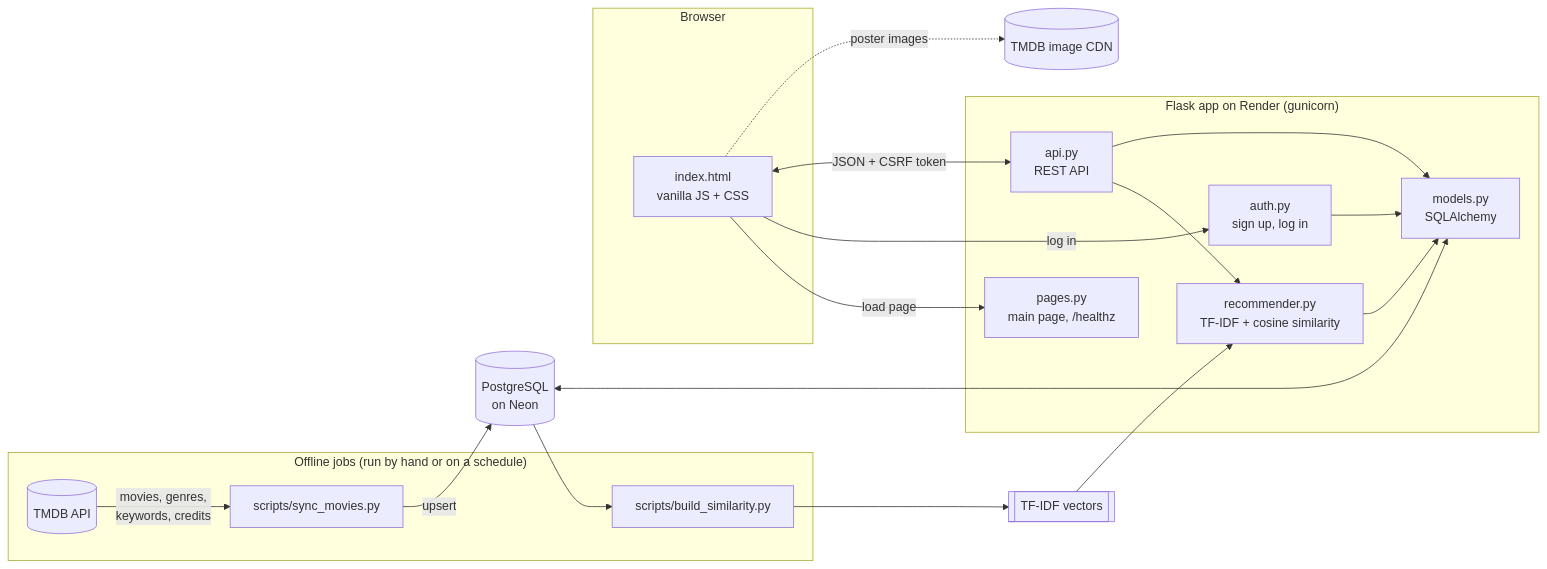
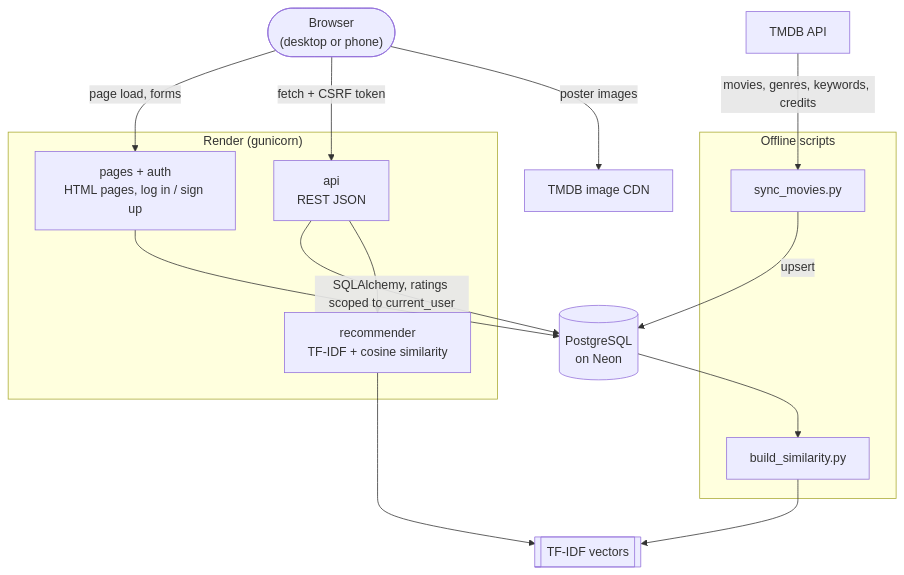
Before and after one commit to BenNguyen0204/CineMatch: the first of 2 diagrams in README.md, drawn with Mermaid. The commit also changed other lines of this file, not shown here.

````diff
--- a/README.md
+++ b/README.md
@@ -40,37 +53,28 @@
 ```mermaid
-flowchart LR
-    subgraph Offline["Offline jobs (run by hand or on a schedule)"]
-        TMDB[(TMDB API)] -->|movies, genres,<br/>keywords, credits| SYNC[scripts/sync_movies.py]
-        BUILD[scripts/build_similarity.py]
+flowchart TB
+    User(["Browser<br/>(desktop or phone)"])
+    subgraph Render["Render (gunicorn)"]
+        Pages["pages + auth<br/>HTML pages, log in / sign up"]
+        API["api<br/>REST JSON"]
+        Rec["recommender<br/>TF-IDF + cosine similarity"]
     end
+    DB[("PostgreSQL<br/>on Neon")]
+    Vec[["TF-IDF vectors"]]
+    subgraph Jobs["Offline scripts"]
+        Sync["sync_movies.py"]
+        Build["build_similarity.py"]
+    end
+    TMDB["TMDB API"]
+    CDN["TMDB image CDN"]
 
-    subgraph Server["Flask app on Render (gunicorn)"]
-        PAGES[pages.py<br/>main page, /healthz]
-        AUTH[auth.py<br/>sign up, log in]
-        API[api.py<br/>REST API]
-        REC[recommender.py<br/>TF-IDF + cosine similarity]
-        MODELS[models.py<br/>SQLAlchemy]
-        API --> REC
-        API --> MODELS
-        AUTH --> MODELS
-        REC --> MODELS
-    end
-
-    DB[(PostgreSQL<br/>on Neon)]
-    VEC[[TF-IDF vectors]]
-
-    SYNC -->|upsert| DB
-    DB --> BUILD
-    BUILD --> VEC
-    VEC --> REC
-    MODELS <--> DB
-
-    subgraph Browser
-        UI[index.html<br/>vanilla JS + CSS]
-    end
-
-    UI -->|load page| PAGES
-    UI -->|log in| AUTH
-    UI <-->|JSON + CSRF token| API
-    UI -.->|poster images| IMG[(TMDB image CDN)]
+    User -- "page load, forms" --> Pages
+    User -- "fetch + CSRF token" --> API
+    User -- "poster images" --> CDN
+    Pages --> DB
+    API -- "SQLAlchemy, ratings scoped to current_user" --> DB
+    API --> Rec
+    Rec --> Vec
+    TMDB -- "movies, genres, keywords, credits" --> Sync
+    Sync -- "upsert" --> DB
+    DB --> Build --> Vec
 ```
````
